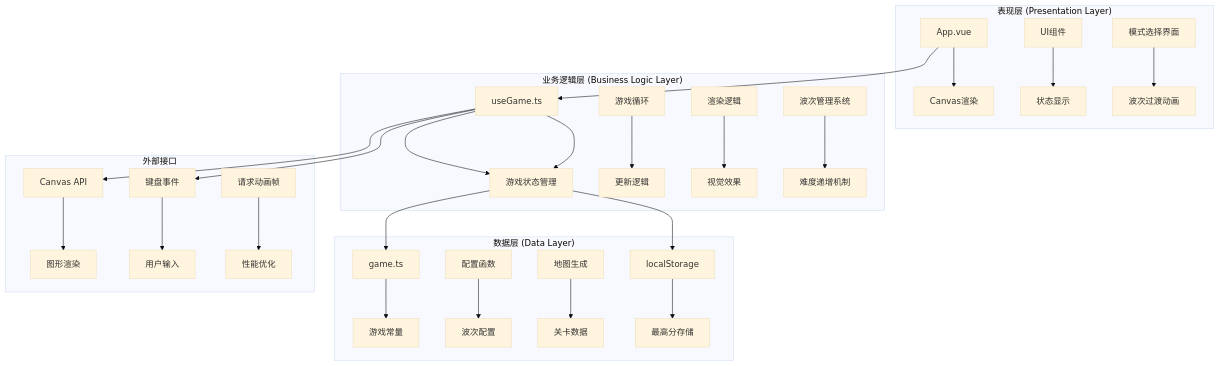
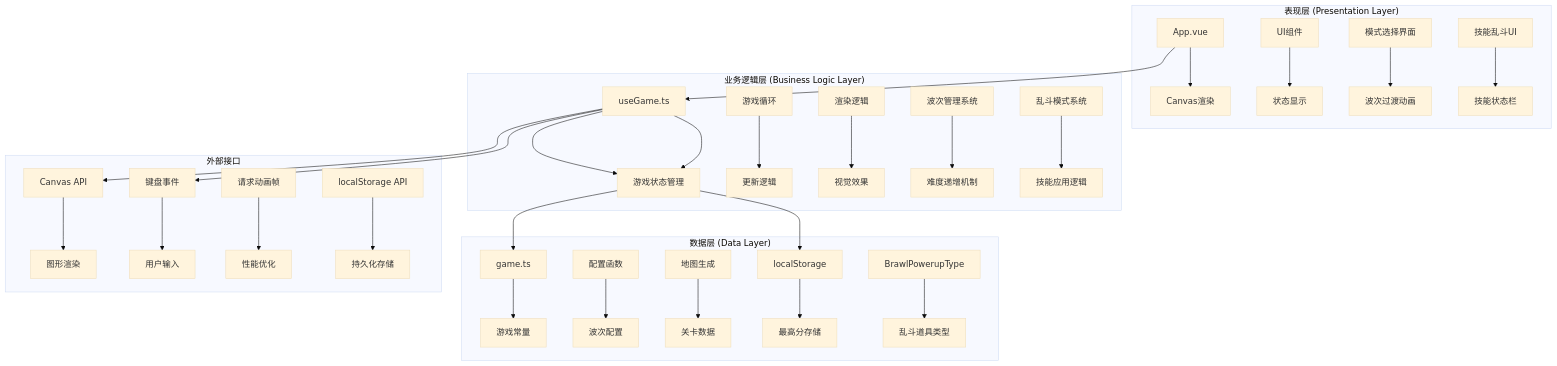
One commit to mrancc/reimagined-journey changed the third of 10 diagrams in .qoder/repowiki/zh/content/游戏机制/游戏模式系统.md. Above: the diagram before and after it, drawn with Mermaid (base theme). The commit also changed other lines of this file and 8 other files, not shown here.

````diff
--- a/.qoder/repowiki/zh/content/游戏机制/游戏模式系统.md
+++ b/.qoder/repowiki/zh/content/游戏机制/游戏模式系统.md
@@ -156,31 +162,35 @@
 ```mermaid
 graph TB
 subgraph "表现层 (Presentation Layer)"
 A[App.vue] --> B[Canvas渲染]
 C[UI组件] --> D[状态显示]
 E[模式选择界面] --> F[波次过渡动画]
+G[技能乱斗UI] --> H[技能状态栏]
 end
 subgraph "业务逻辑层 (Business Logic Layer)"
-G[useGame.ts] --> H[游戏状态管理]
-I[游戏循环] --> J[更新逻辑]
-K[渲染逻辑] --> L[视觉效果]
-M[波次管理系统] --> N[难度递增机制]
+I[useGame.ts] --> J[游戏状态管理]
+K[游戏循环] --> L[更新逻辑]
+M[渲染逻辑] --> N[视觉效果]
+O[波次管理系统] --> P[难度递增机制]
+Q[乱斗模式系统] --> R[技能应用逻辑]
 end
 subgraph "数据层 (Data Layer)"
-O[game.ts] --> P[游戏常量]
-Q[配置函数] --> R[波次配置]
-S[地图生成] --> T[关卡数据]
-U[localStorage] --> V[最高分存储]
+S[game.ts] --> T[游戏常量]
+U[配置函数] --> V[波次配置]
+W[地图生成] --> X[关卡数据]
+Y[localStorage] --> Z[最高分存储]
+AA[BrawlPowerupType] --> BB[乱斗道具类型]
 end
 subgraph "外部接口"
-W[Canvas API] --> X[图形渲染]
-Y[键盘事件] --> Z[用户输入]
-AA[请求动画帧] --> BB[性能优化]
+CC[Canvas API] --> DD[图形渲染]
+EE[键盘事件] --> FF[用户输入]
+GG[请求动画帧] --> HH[性能优化]
+II[localStorage API] --> JJ[持久化存储]
 end
-A --> G
-G --> H
-H --> O
-H --> U
-G --> Y
-G --> W
+A --> I
+I --> J
+J --> S
+J --> Y
+I --> EE
+I --> CC
 ```
````
